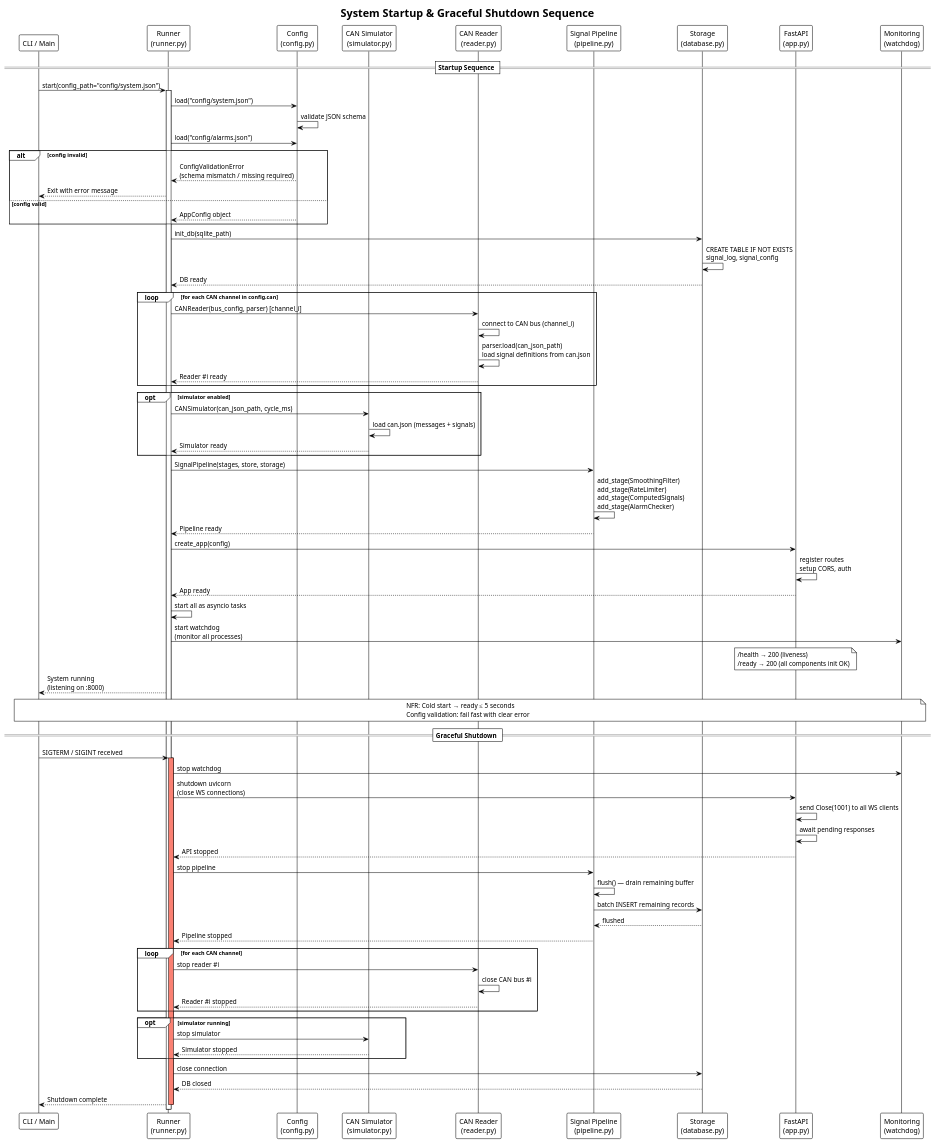
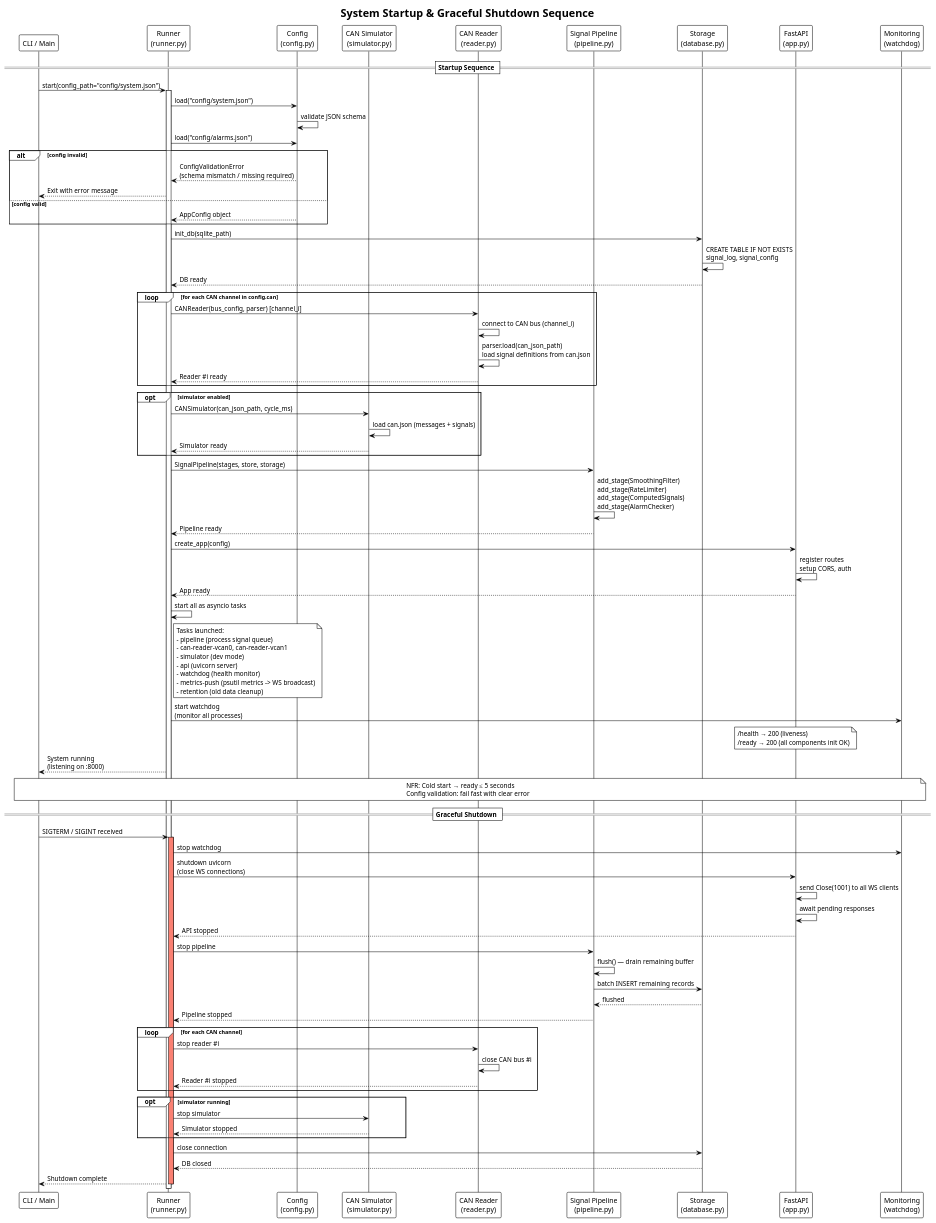
The diagram in diagram/13_sequence_startup_shutdown.puml (3tdn/car-hmi), drawn with PlantUML before and after one commit. The commit also changed 15 other files, not shown here.

First line of the commit message:
docs(diagrams): sync PlantUML diagrams with codebase

```diff
--- a/diagram/13_sequence_startup_shutdown.puml
+++ b/diagram/13_sequence_startup_shutdown.puml
@@ -1,100 +1,110 @@
 @startuml Sequence - System Startup
 !theme plain
 title System Startup & Graceful Shutdown Sequence
 
 participant "CLI / Main" as cli
 participant "Runner\n(runner.py)" as runner
 participant "Config\n(config.py)" as config
 participant "CAN Simulator\n(simulator.py)" as sim
 participant "CAN Reader\n(reader.py)" as reader
 participant "Signal Pipeline\n(pipeline.py)" as pipe
 participant "Storage\n(database.py)" as db
 participant "FastAPI\n(app.py)" as api
 participant "Monitoring\n(watchdog)" as mon
 
 == Startup Sequence ==
 
 cli -> runner : start(config_path="config/system.json")
 activate runner
 
 runner -> config : load("config/system.json")
 config -> config : validate JSON schema
 runner -> config : load("config/alarms.json")
 alt config invalid
     config --> runner : ConfigValidationError\n(schema mismatch / missing required)
     runner --> cli : Exit with error message
 else config valid
     config --> runner : AppConfig object
 end
 
 runner -> db : init_db(sqlite_path)
 db -> db : CREATE TABLE IF NOT EXISTS\nsignal_log, signal_config
 db --> runner : DB ready
 
 loop for each CAN channel in config.can
     runner -> reader : CANReader(bus_config, parser) [channel_i]
     reader -> reader : connect to CAN bus (channel_i)
     reader -> reader : parser.load(can_json_path)\nload signal definitions from can.json
     reader --> runner : Reader #i ready
 end
 
 opt simulator enabled
     runner -> sim : CANSimulator(can_json_path, cycle_ms)
     sim -> sim : load can.json (messages + signals)
     sim --> runner : Simulator ready
 end
 
 runner -> pipe : SignalPipeline(stages, store, storage)
 pipe -> pipe : add_stage(SmoothingFilter)\nadd_stage(RateLimiter)\nadd_stage(ComputedSignals)\nadd_stage(AlarmChecker)
 pipe --> runner : Pipeline ready
 
 runner -> api : create_app(config)
 api -> api : register routes\nsetup CORS, auth
 api --> runner : App ready
 
 runner -> runner : start all as asyncio tasks
+note right of runner
+  Tasks launched:
+  - pipeline (process signal queue)
+  - can-reader-vcan0, can-reader-vcan1
+  - simulator (dev mode)
+  - api (uvicorn server)
+  - watchdog (health monitor)
+  - metrics-push (psutil metrics -> WS broadcast)
+  - retention (old data cleanup)
+end note
 runner -> mon : start watchdog\n(monitor all processes)
 
 note over api : /health → 200 (liveness)\n/ready → 200 (all components init OK)
 runner --> cli : System running\n(listening on :8000)
 
 note over cli, mon
   NFR: Cold start → ready ≤ 5 seconds
   Config validation: fail fast with clear error
 end note
 
 == Graceful Shutdown ==
 
 cli -> runner : SIGTERM / SIGINT received
 activate runner #salmon
 
 runner -> mon : stop watchdog
 runner -> api : shutdown uvicorn\n(close WS connections)
 api -> api : send Close(1001) to all WS clients
 api -> api : await pending responses
 api --> runner : API stopped
 
 runner -> pipe : stop pipeline
 pipe -> pipe : flush() — drain remaining buffer
 pipe -> db : batch INSERT remaining records
 db --> pipe : flushed
 pipe --> runner : Pipeline stopped
 
 loop for each CAN channel
     runner -> reader : stop reader #i
     reader -> reader : close CAN bus #i
     reader --> runner : Reader #i stopped
 end
 
 opt simulator running
     runner -> sim : stop simulator
     sim --> runner : Simulator stopped
 end
 
 runner -> db : close connection
 db --> runner : DB closed
 
 runner --> cli : Shutdown complete
 deactivate runner
 
 @enduml
```
